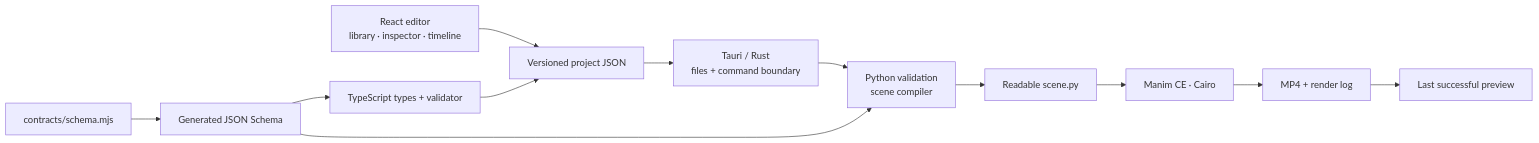
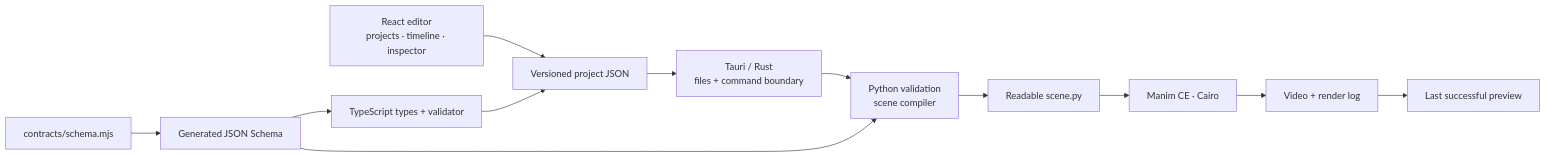
Before and after one commit to diegormirhan/manim-editor: the diagram in README.md, drawn with Mermaid. The commit also changed other lines of this file, not shown here.

````diff
--- a/README.md
+++ b/README.md
@@ -169,14 +148,14 @@
 ```mermaid
 flowchart LR
-    UI["React editor<br/>library · inspector · timeline"] --> Project["Versioned project JSON"]
+    UI["React editor<br/>projects · timeline · inspector"] --> Project["Versioned project JSON"]
     Spec["contracts/schema.mjs"] --> Schema["Generated JSON Schema"]
     Schema --> Frontend["TypeScript types + validator"]
     Frontend --> Project
     Project --> Rust["Tauri / Rust<br/>files + command boundary"]
     Rust --> Python["Python validation<br/>scene compiler"]
     Schema --> Python
     Python --> Source["Readable scene.py"]
     Source --> Manim["Manim CE · Cairo"]
-    Manim --> Video["MP4 + render log"]
+    Manim --> Video["Video + render log"]
     Video --> Preview["Last successful preview"]
 ```
````
